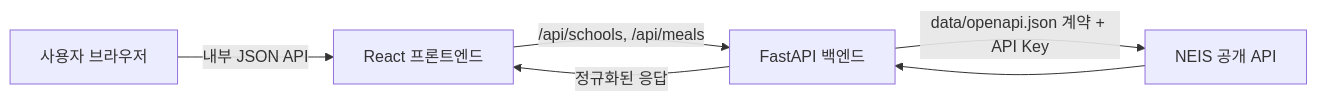
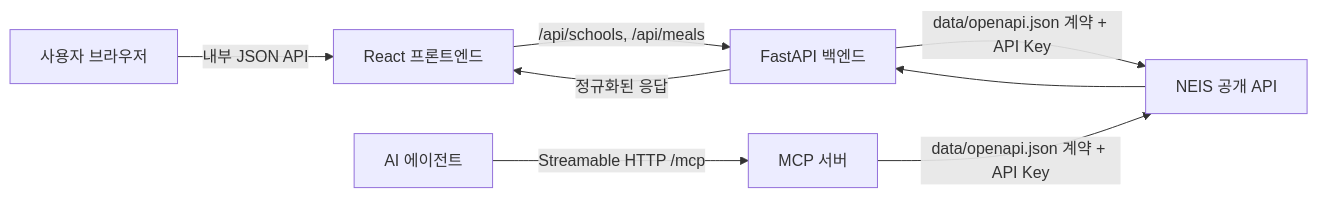
One commit to jinmkmk/bsi-pyconkor changed the diagram in TRD.md. Above: the diagram before and after it, drawn with Mermaid. The commit also changed other lines of this file and 18 other files, not shown here.

````diff
--- a/TRD.md
+++ b/TRD.md
@@ -75,8 +83,10 @@
 ```mermaid
 flowchart LR
     U[사용자 브라우저] -->|내부 JSON API| F[React 프론트엔드]
     F -->|/api/schools, /api/meals| B[FastAPI 백엔드]
     B -->|data/openapi.json 계약 + API Key| N[NEIS 공개 API]
     N --> B
     B -->|정규화된 응답| F
+    A[AI 에이전트] -->|Streamable HTTP /mcp| M[MCP 서버]
+    M -->|data/openapi.json 계약 + API Key| N
 ```
````
